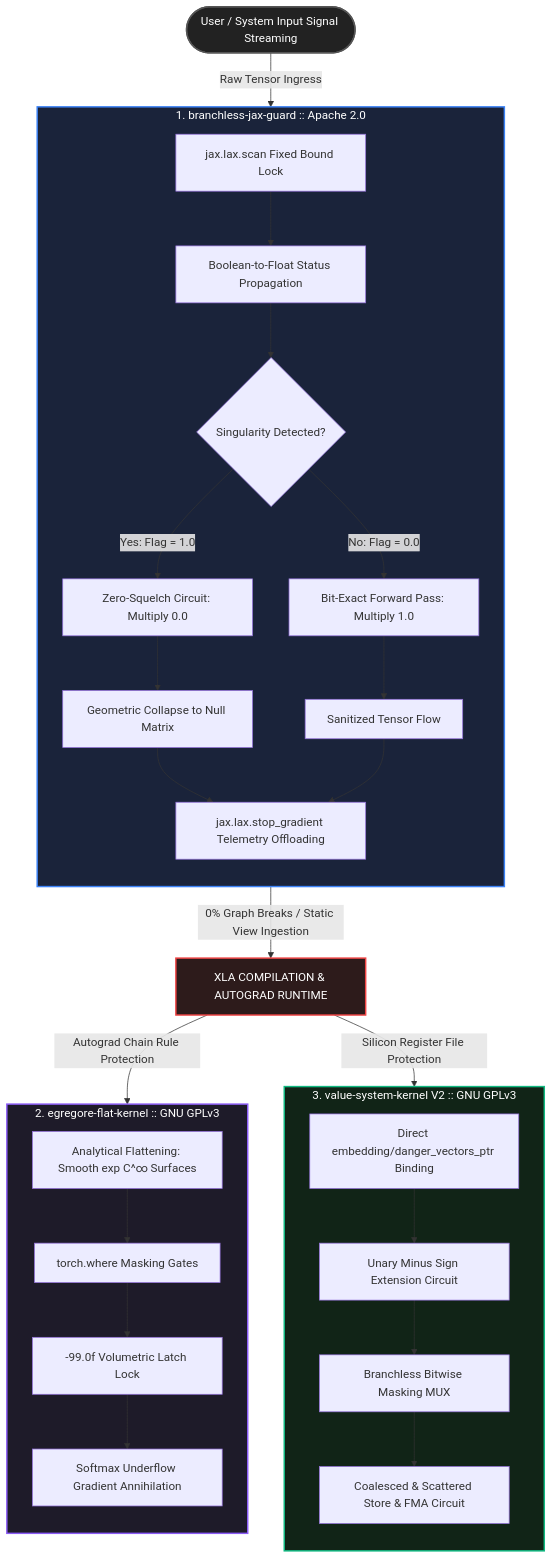
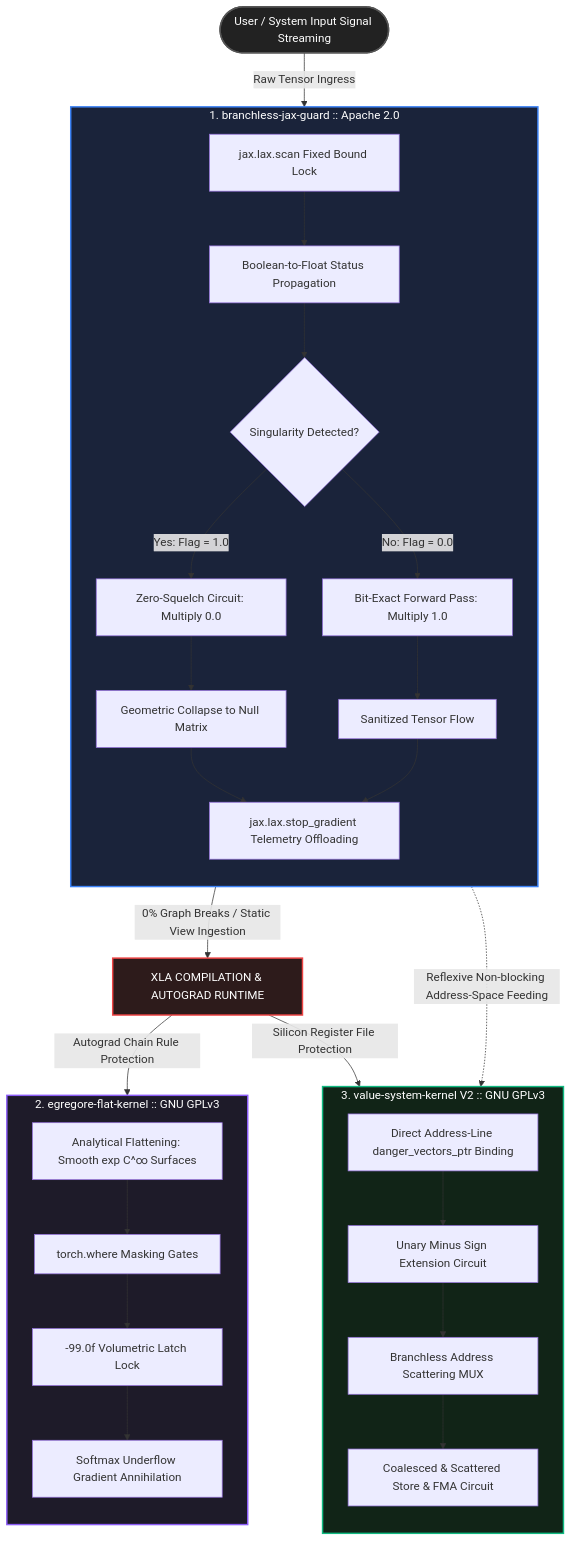
Before and after one commit to PJHkorea/branchless-jax-guard: the diagram in README.md, drawn with Mermaid.

````diff
--- a/README.md
+++ b/README.md
@@ -39,46 +39,48 @@
 ```mermaid
 graph TD
     %% 하드웨어 인풋 영역
     Input([User / System Input Signal Streaming]) -->|Raw Tensor Ingress| Shield1
     
     %% 1단계 입구 방패 (JAX/XLA, Apache 2.0)
     subgraph Shield1 [1. branchless-jax-guard :: Apache 2.0]
         direction TB
         A[jax.lax.scan Fixed Bound Lock] --> B[Boolean-to-Float Status Propagation]
         B --> C{Singularity Detected?}
         C -->|Yes: Flag = 1.0| D[Zero-Squelch Circuit: Multiply 0.0]
         C -->|No: Flag = 0.0| E[Bit-Exact Forward Pass: Multiply 1.0]
         D --> F[Geometric Collapse to Null Matrix]
         E --> G[Sanitized Tensor Flow]
         F & G --> H[jax.lax.stop_gradient Telemetry Offloading]
     end
 
-    %% 런타임 가속 컴파일 영역으로 진입
+    %% 런타임 가속 컴파일 영역으로 진입 (0% Graph Breaks)
     H -->|0% Graph Breaks / Static View Ingestion| RuntimeEngine[XLA COMPILATION & AUTOGRAD RUNTIME]
+    H -.->|Reflexive Non-blocking Address-Space Feeding| M
 
     %% 2, 3단계 백엔드 방패 분기 (PyTorch / CUDA, GPLv3)
     RuntimeEngine -->|Autograd Chain Rule Protection| Shield2
     RuntimeEngine -->|Silicon Register File Protection| Shield3
 
     subgraph Shield2 [2. egregore-flat-kernel :: GNU GPLv3]
         direction TB
         I[Analytical Flattening: Smooth exp C^∞ Surfaces] --> J[torch.where Masking Gates]
         J --> K[-99.0f Volumetric Latch Lock]
         K --> L[Softmax Underflow Gradient Annihilation]
     end
 
     subgraph Shield3 [3. value-system-kernel V2 :: GNU GPLv3]
         direction TB
-        M[Direct embedding/danger_vectors_ptr Binding] --> N[Unary Minus Sign Extension Circuit]
-        N --> O[Branchless Bitwise Masking MUX]
+        M[Direct Address-Line danger_vectors_ptr Binding] --> N[Unary Minus Sign Extension Circuit]
+        N --> O[Branchless Address Scattering MUX]
         O --> P[Coalesced & Scattered Store & FMA Circuit]
     end
 
     %% 스타일 가이드 정의 (하드웨어 친화적 톤)
     style Input fill:#222,stroke:#555,stroke-width:2px,color:#fff
     style Shield1 fill:#1a233a,stroke:#3b82f6,stroke-width:2px,color:#fff
     style RuntimeEngine fill:#2d1b1b,stroke:#ef4444,stroke-width:2px,color:#fff
     style Shield2 fill:#1e1b29,stroke:#8b5cf6,stroke-width:2px,color:#fff
     style Shield3 fill:#112417,stroke:#10b981,stroke-width:2px,color:#fff
 
+
 ```
````
